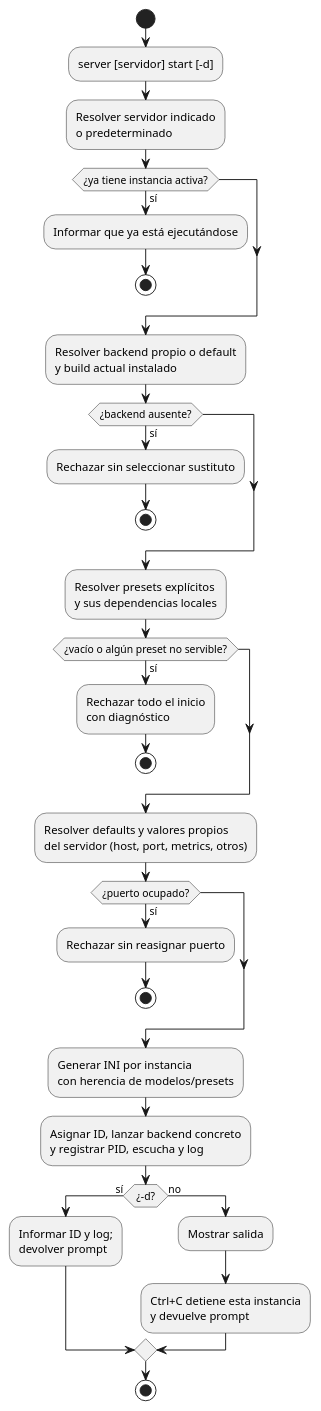
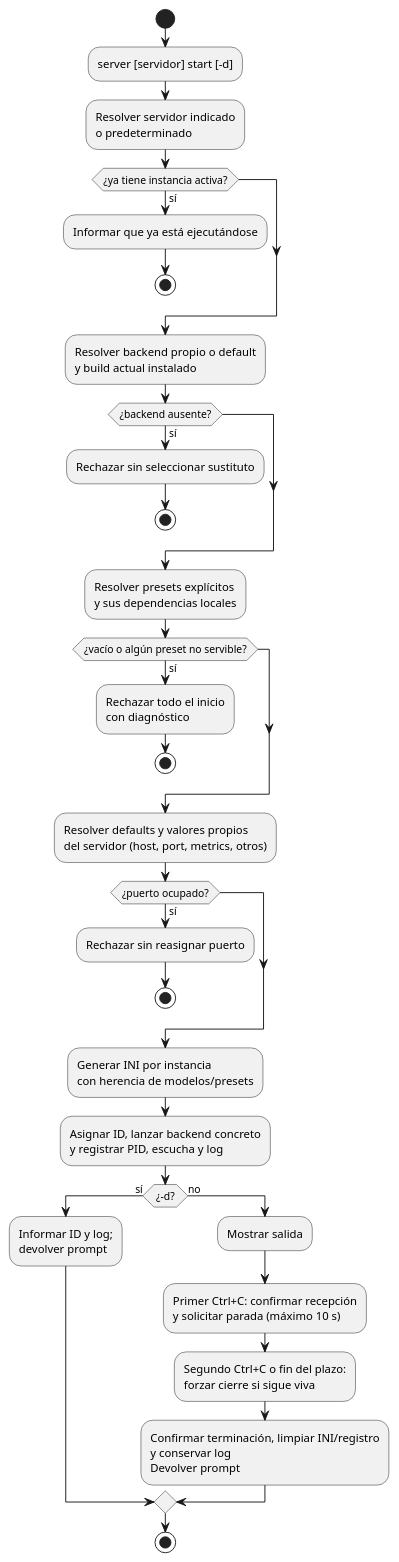
The third of 7 diagrams in docs/actividades.md (mstranich/coquena), drawn with PlantUML before and after one commit. The commit also changed other lines of this file and 17 other files, not shown here.

````diff
--- a/docs/actividades.md
+++ b/docs/actividades.md
@@ -105,35 +104,37 @@
 ```plantuml
 @startuml
 start
 :server [servidor] start [-d];
 :Resolver servidor indicado\no predeterminado;
 if (¿ya tiene instancia activa?) then (sí)
   :Informar que ya está ejecutándose;
   stop
 endif
 :Resolver backend propio o default\ny build actual instalado;
 if (¿backend ausente?) then (sí)
   :Rechazar sin seleccionar sustituto;
   stop
 endif
 :Resolver presets explícitos\ny sus dependencias locales;
 if (¿vacío o algún preset no servible?) then (sí)
   :Rechazar todo el inicio\ncon diagnóstico;
   stop
 endif
 :Resolver defaults y valores propios\ndel servidor (host, port, metrics, otros);
 if (¿puerto ocupado?) then (sí)
   :Rechazar sin reasignar puerto;
   stop
 endif
 :Generar INI por instancia\ncon herencia de modelos/presets;
 :Asignar ID, lanzar backend concreto\ny registrar PID, escucha y log;
 if (¿-d?) then (sí)
   :Informar ID y log;\ndevolver prompt;
 else (no)
   :Mostrar salida;
-  :Ctrl+C detiene esta instancia\ny devuelve prompt;
+  :Primer Ctrl+C: confirmar recepción\ny solicitar parada (máximo 10 s);
+  :Segundo Ctrl+C o fin del plazo:\nforzar cierre si sigue viva;
+  :Confirmar terminación, limpiar INI/registro\ny conservar log\nDevolver prompt;
 endif
 stop
 @enduml
 ```
````
